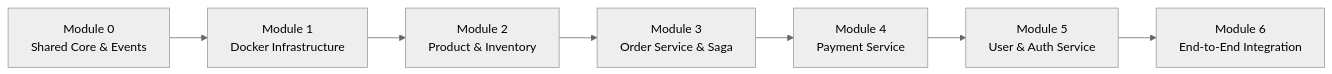
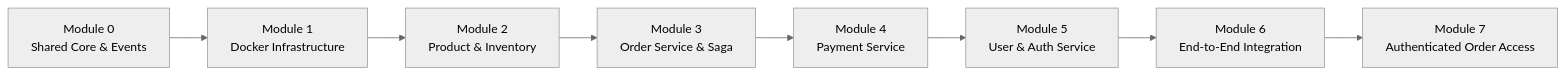
The diagram in IMPLEMENTATION_GUIDE.md (Collinsolayemi/py-commerce-microservices), drawn with Mermaid (neutral theme) before and after one commit. The commit also changed other lines of this file and 1 other file, not shown here.

Commit message:
docs: document module 7 authenticated order access and verification

````diff
--- a/IMPLEMENTATION_GUIDE.md
+++ b/IMPLEMENTATION_GUIDE.md
@@ -11,9 +11,10 @@
 ```mermaid
 flowchart LR
     M0["Module 0<br/>Shared Core & Events"] --> M1["Module 1<br/>Docker Infrastructure"]
     M1 --> M2["Module 2<br/>Product & Inventory"]
     M2 --> M3["Module 3<br/>Order Service & Saga"]
     M3 --> M4["Module 4<br/>Payment Service"]
     M4 --> M5["Module 5<br/>User & Auth Service"]
     M5 --> M6["Module 6<br/>End-to-End Integration"]
+    M6 --> M7["Module 7<br/>Authenticated Order Access"]
 ```
````
